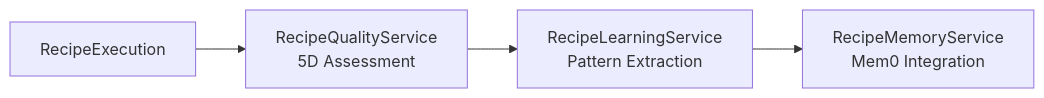
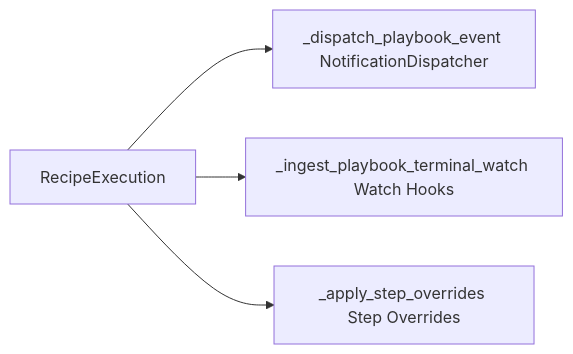
Before and after one commit to AutomatosAI/automatos-ai: the fourth of 6 diagrams in docs/workflows-recipes/execution-configuration.md, drawn with Mermaid. The commit also changed other lines of this file and 188 other files, not shown here.

First line of the commit message:
docs: refresh architecture docs and add coverage for new subsystems (#1416)

````diff
--- a/docs/workflows-recipes/execution-configuration.md
+++ b/docs/workflows-recipes/execution-configuration.md
@@ -157,6 +139,6 @@
 ```mermaid
 graph LR
-    Exec["RecipeExecution"] --> Qual["RecipeQualityService<br/>5D Assessment"]
-    Qual --> Learn["RecipeLearningService<br/>Pattern Extraction"]
-    Learn --> Mem["RecipeMemoryService<br/>Mem0 Integration"]
+    Exec["RecipeExecution"] --> Notify["_dispatch_playbook_event NotificationDispatcher"]
+    Exec --> Watch["_ingest_playbook_terminal_watch Watch Hooks"]
+    Exec --> Overrides["_apply_step_overrides Step Overrides"]
 ```
````
